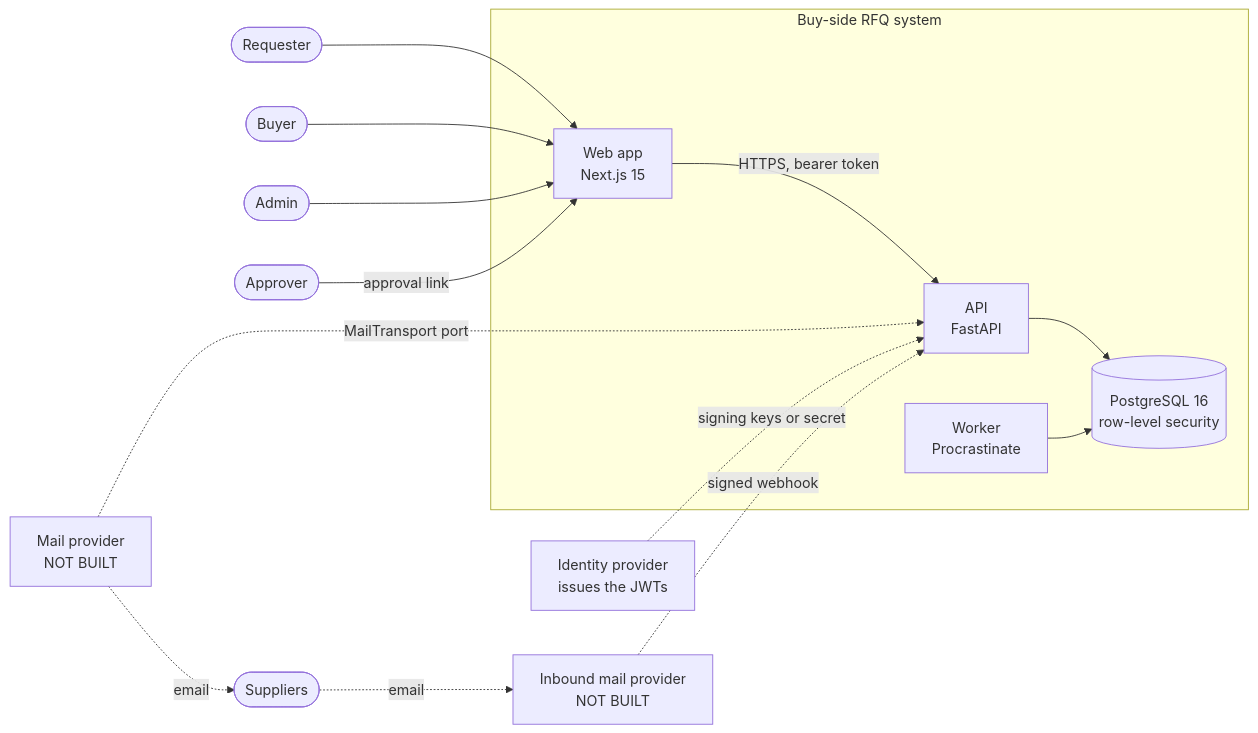
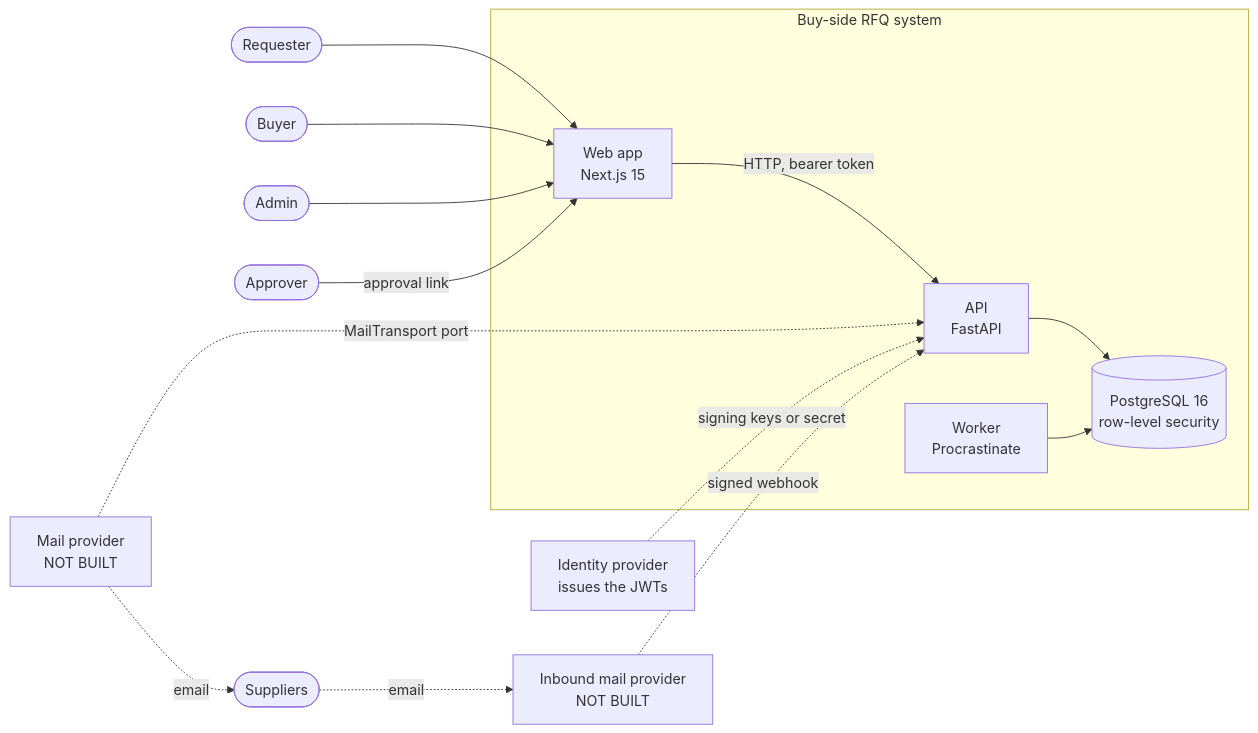
The first of 5 diagrams in docs/technical/01-system-overview.md (emre-akarsu/ai-commerce-ideas), drawn with Mermaid before and after one commit. The commit also changed other lines of this file, not shown here.

````diff
--- a/docs/technical/01-system-overview.md
+++ b/docs/technical/01-system-overview.md
@@ -13,21 +13,21 @@
 ```mermaid
 flowchart LR
   req([Requester]) --> web
   buyer([Buyer]) --> web
   adm([Admin]) --> web
   apv([Approver]) -->|"approval link"| web
   subgraph sys["Buy-side RFQ system"]
     web["Web app<br/>Next.js 15"]
     api["API<br/>FastAPI"]
     db[("PostgreSQL 16<br/>row-level security")]
     wk["Worker<br/>Procrastinate"]
   end
-  web -->|"HTTPS, bearer token"| api
+  web -->|"HTTP, bearer token"| api
   api --> db
   wk --> db
   idp["Identity provider<br/>issues the JWTs"] -.->|"signing keys or secret"| api
   mail["Mail provider<br/>NOT BUILT"] -.->|"MailTransport port"| api
   inb["Inbound mail provider<br/>NOT BUILT"] -.->|"signed webhook"| api
   sup([Suppliers]) -.->|"email"| inb
   mail -.->|"email"| sup
 ```
````
